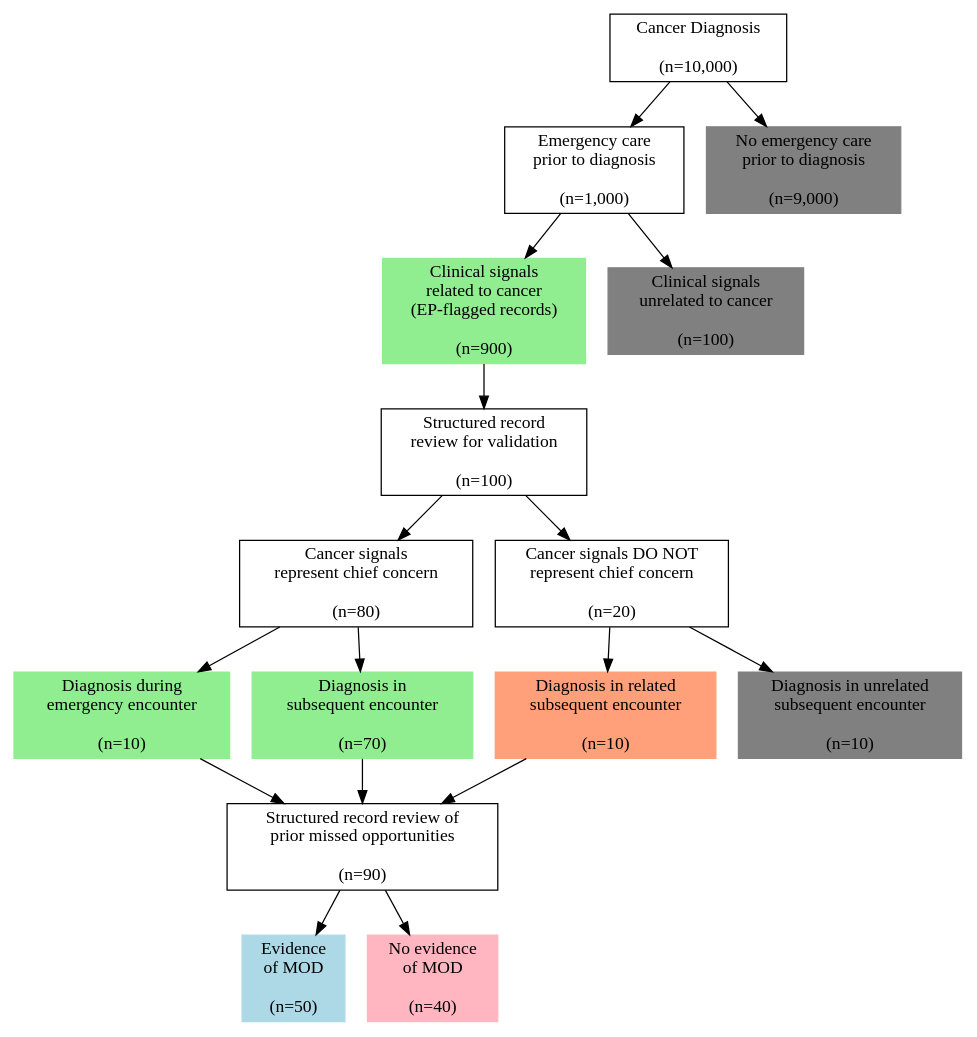
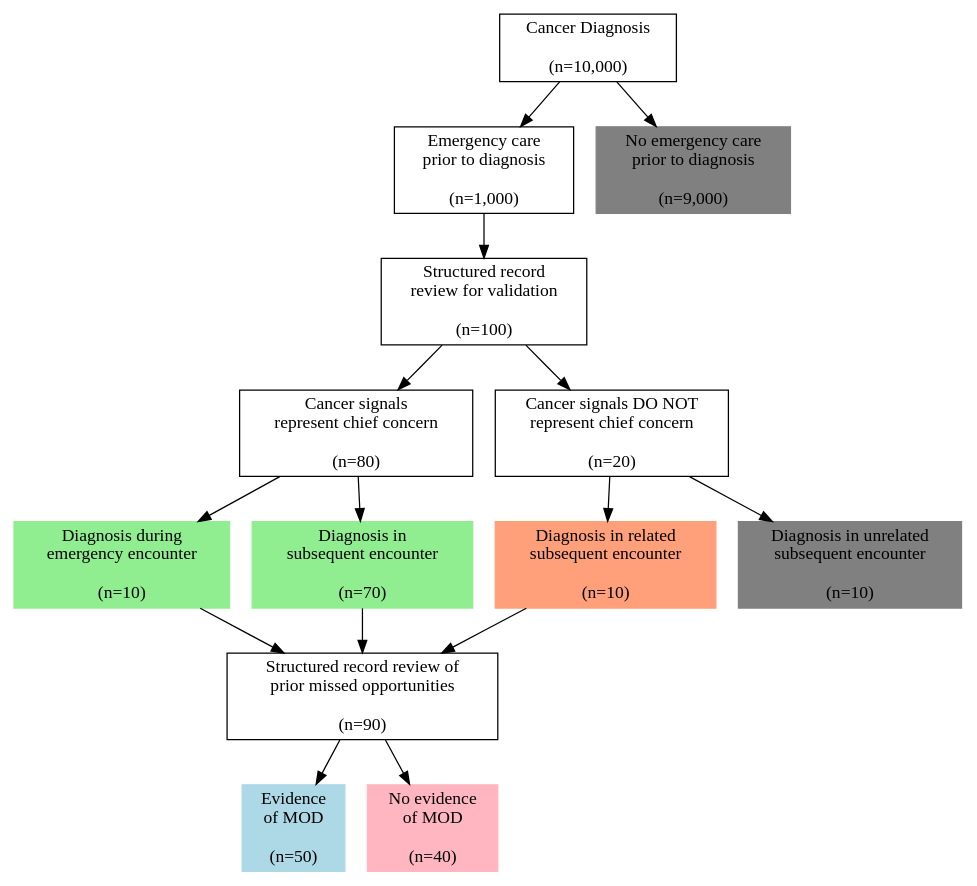
The diagram in consort.dot (zimolzak/MooreMeasures), drawn with Graphviz before and after one commit.

Commit message:
remove 1 layer of digraph

```diff
--- a/consort.dot
+++ b/consort.dot
@@ -1,46 +1,45 @@
 digraph{
 
 # Nodes
 
 cancer_dx[shape=rectangle, label="Cancer Diagnosis\n\n(n=10,000)"]
 emerg[shape=rectangle, label="Emergency care\nprior to diagnosis\n\n(n=1,000)"]
 no_emerg[shape=rectangle, label="No emergency care\nprior to diagnosis\n\n(n=9,000)", style=filled, color=grey]
-signals_related[shape=rectangle, label="Clinical signals\nrelated to cancer\n(EP-flagged records)\n\n(n=900)", style=filled, color=lightgreen]
-signals_unrelated[shape=rectangle, label="Clinical signals\nunrelated to cancer\n\n(n=100)", style=filled, color=grey]
 
 review_sample[shape=rectangle, label="Structured record\nreview for validation\n\n(n=100)"]
 chief_concern[shape=rectangle, label="Cancer signals\nrepresent chief concern\n\n(n=80)"]
 not_chief[shape=rectangle, label="Cancer signals DO NOT\nrepresent chief concern\n\n(n=20)"]
 
 dx_during_type1[shape=rectangle, label="Diagnosis during\nemergency encounter\n\n(n=10)", style=filled, color=lightgreen]
 dx_later_type2[shape=rectangle, label="Diagnosis in\nsubsequent encounter\n\n(n=70)", style=filled, color=lightgreen]
 dx_related_type3_incidental[shape=rectangle, label="Diagnosis in related\nsubsequent encounter\n\n(n=10)", style=filled, color=lightsalmon]
 dx_unrelated_nonEP_FP[shape=rectangle, label="Diagnosis in unrelated\nsubsequent encounter\n\n(n=10)", style=filled, color=grey]
 
 MOD_review[shape=rectangle, label="Structured record review of\nprior missed opportunities\n\n(n=90)"]
 yes_MOD[shape=rectangle, label="Evidence\nof MOD\n\n(n=50)", style=filled, color=lightblue]
 no_MOD[shape=rectangle, label="No evidence\nof MOD\n\n(n=40)", style=filled, color=lightpink]
 
+
+
+
 # Edges
 
 cancer_dx -> emerg
 cancer_dx -> no_emerg
-emerg -> signals_unrelated
-emerg -> signals_related
 
-signals_related -> review_sample
+emerg -> review_sample
 review_sample -> chief_concern
 review_sample -> not_chief
 chief_concern -> dx_during_type1
 chief_concern -> dx_later_type2
 not_chief -> dx_related_type3_incidental
 not_chief -> dx_unrelated_nonEP_FP
 
 dx_during_type1 -> MOD_review
 dx_later_type2 -> MOD_review
 dx_related_type3_incidental -> MOD_review
 
 MOD_review -> yes_MOD
 MOD_review -> no_MOD
 
 }
```
